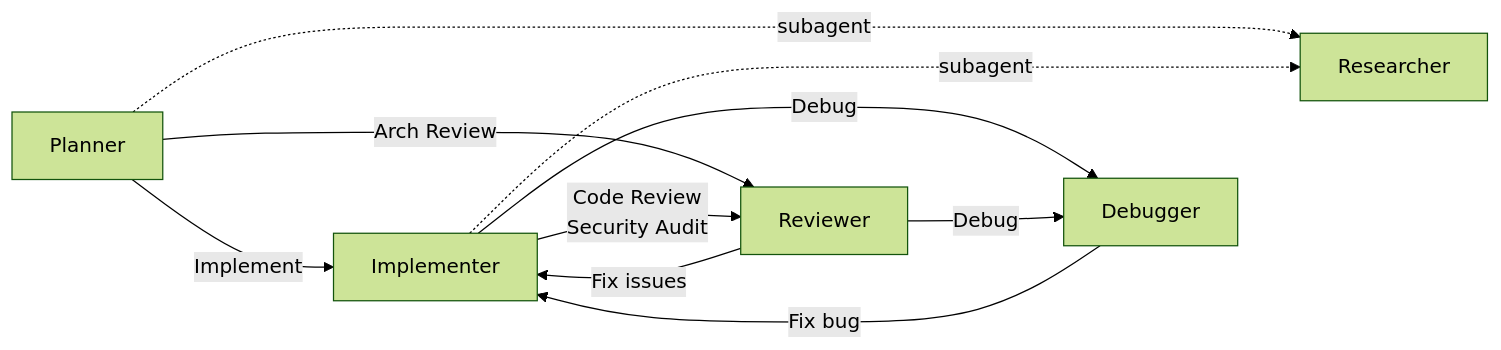
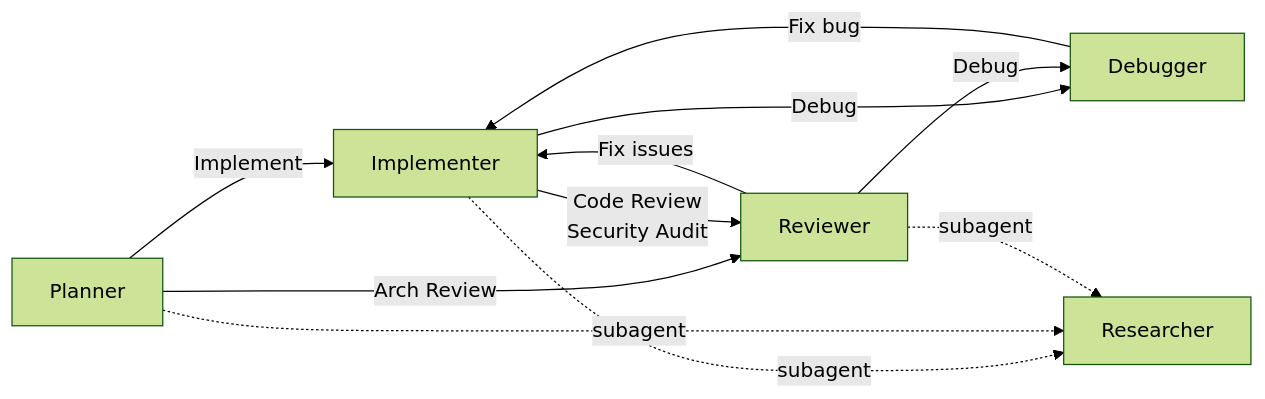
Before and after one commit to zexion7873/copilot-setting: the second of 2 diagrams in README.md, drawn with Mermaid (forest theme). The commit also changed other lines of this file and 7 other files, not shown here.

First line of the commit message:
feat(reviewer): add Researcher subagent and trim delegation boilerplate

````diff
--- a/README.md
+++ b/README.md
@@ -127,16 +127,16 @@
 ```mermaid
 flowchart LR
     Planner -->|"Implement"| Implementer
     Planner -->|"Arch Review"| Reviewer
 
     Implementer -->|"Code Review <br/>Security Audit"| Reviewer
     Reviewer -->|"Fix issues"| Implementer
 
     Implementer -->|"Debug"| Debugger
     Reviewer -->|"Debug"| Debugger
     Debugger -->|"Fix bug"| Implementer
 
-    Planner -.->|subagent| Researcher:::muted
     Implementer -.->|subagent| Researcher
-    Debugger ~~~ Researcher
+    Planner -.->|subagent| Researcher
+    Reviewer -.->|subagent| Researcher
 ```
````
